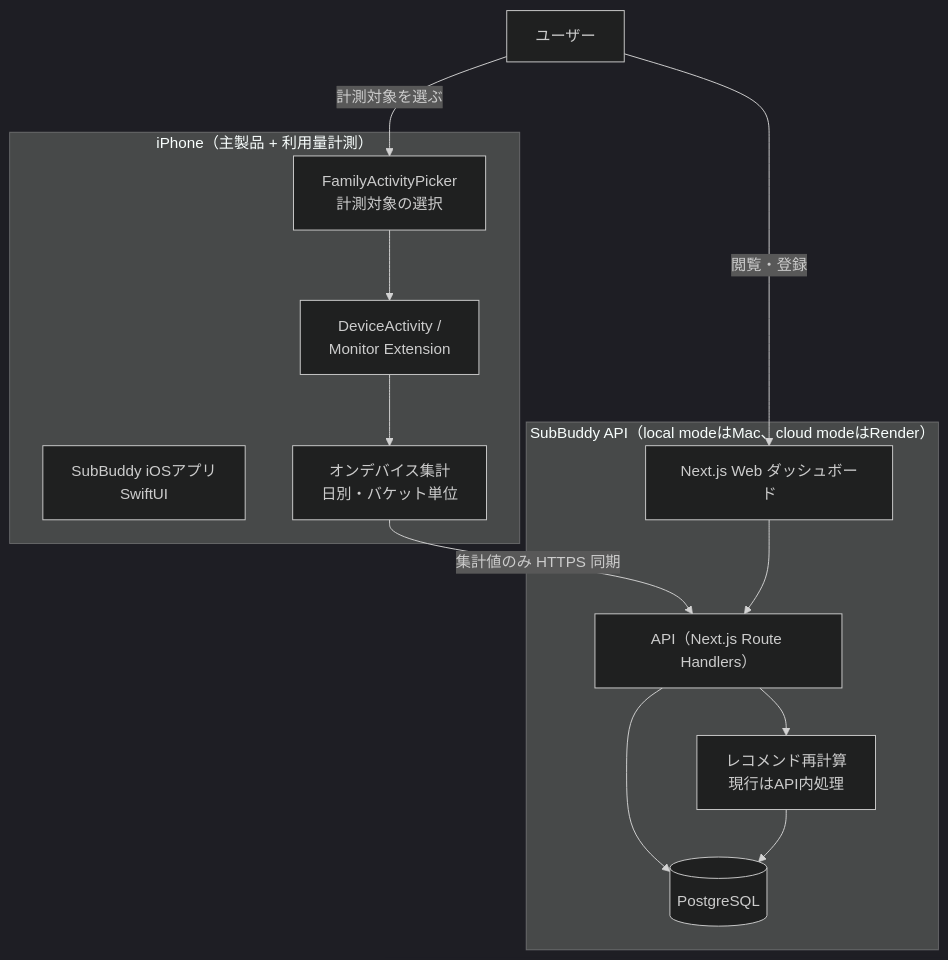
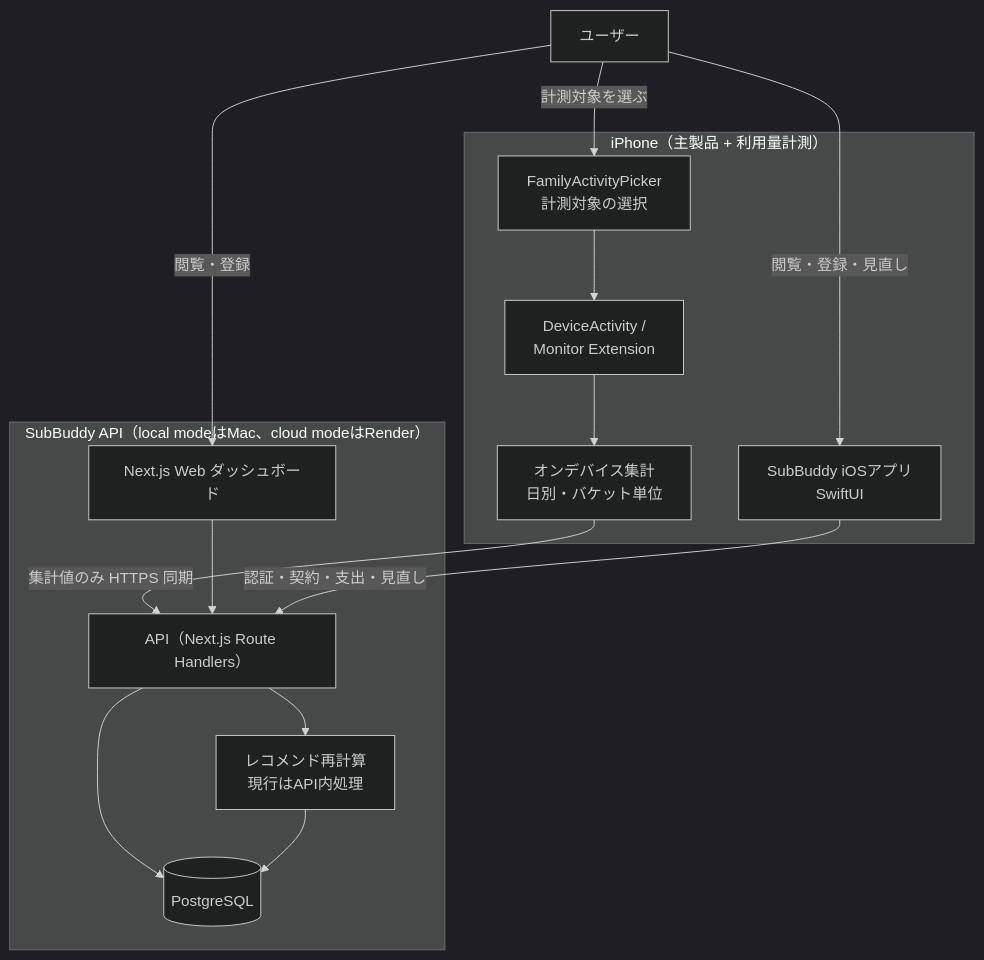
Before and after one commit to Shintaro-Abe/SubBuddy: the first of 7 diagrams in docs/functional-design.md, drawn with Mermaid (dark theme). The commit also changed other lines of this file and 26 other files, not shown here.

````diff
--- a/docs/functional-design.md
+++ b/docs/functional-design.md
@@ -29,29 +29,31 @@
 ```mermaid
 flowchart TB
   User[ユーザー]
 
   subgraph iPhone[iPhone（主製品 + 利用量計測）]
     IOSApp[SubBuddy iOSアプリ<br/>SwiftUI]
     Picker[FamilyActivityPicker<br/>計測対象の選択]
     DA[DeviceActivity /<br/>Monitor Extension]
     LocalAgg[オンデバイス集計<br/>日別・バケット単位]
   end
 
   subgraph Server[SubBuddy API（local modeはMac、cloud modeはRender）]
     Web[Next.js Web ダッシュボード]
     API[API（Next.js Route Handlers）]
     Scoring[レコメンド再計算<br/>現行はAPI内処理]
     DB[(PostgreSQL)]
   end
 
   User -->|計測対象を選ぶ| Picker
   Picker --> DA
   DA --> LocalAgg
   LocalAgg -->|集計値のみ HTTPS 同期| API
 
   User -->|閲覧・登録| Web
+  User -->|閲覧・登録・見直し| IOSApp
   Web --> API
+  IOSApp -->|認証・契約・支出・見直し| API
   API --> DB
   API --> Scoring
   Scoring --> DB
 ```
````
